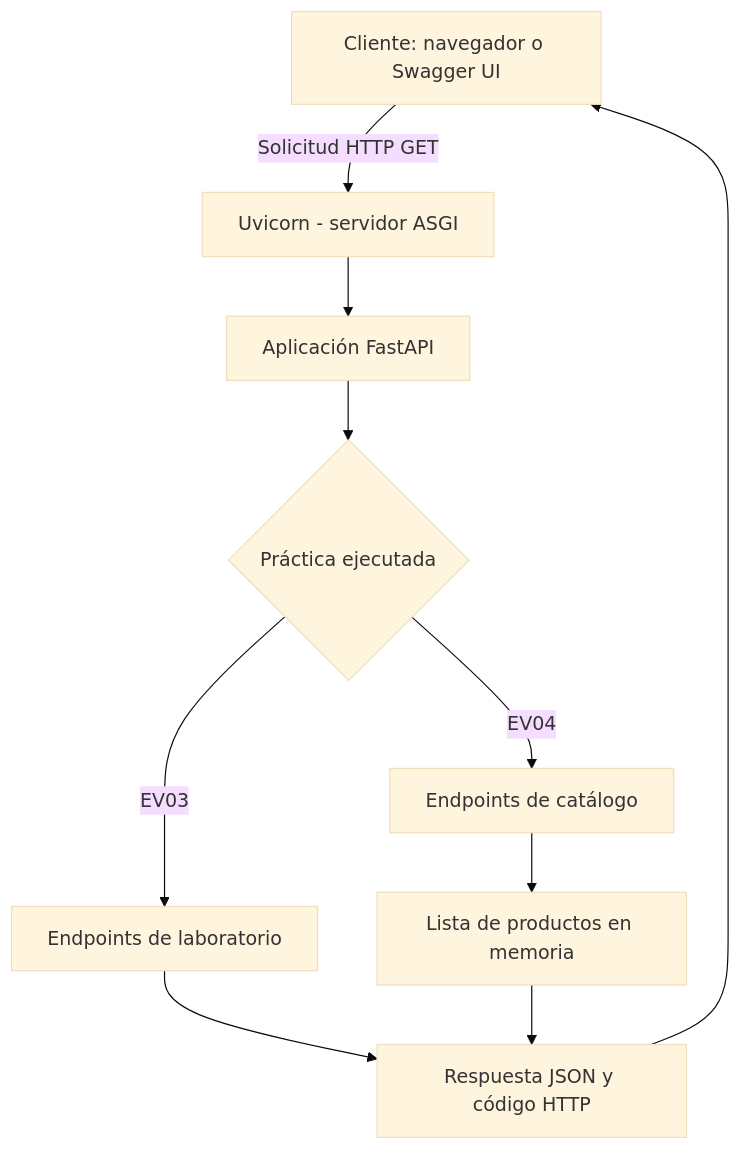
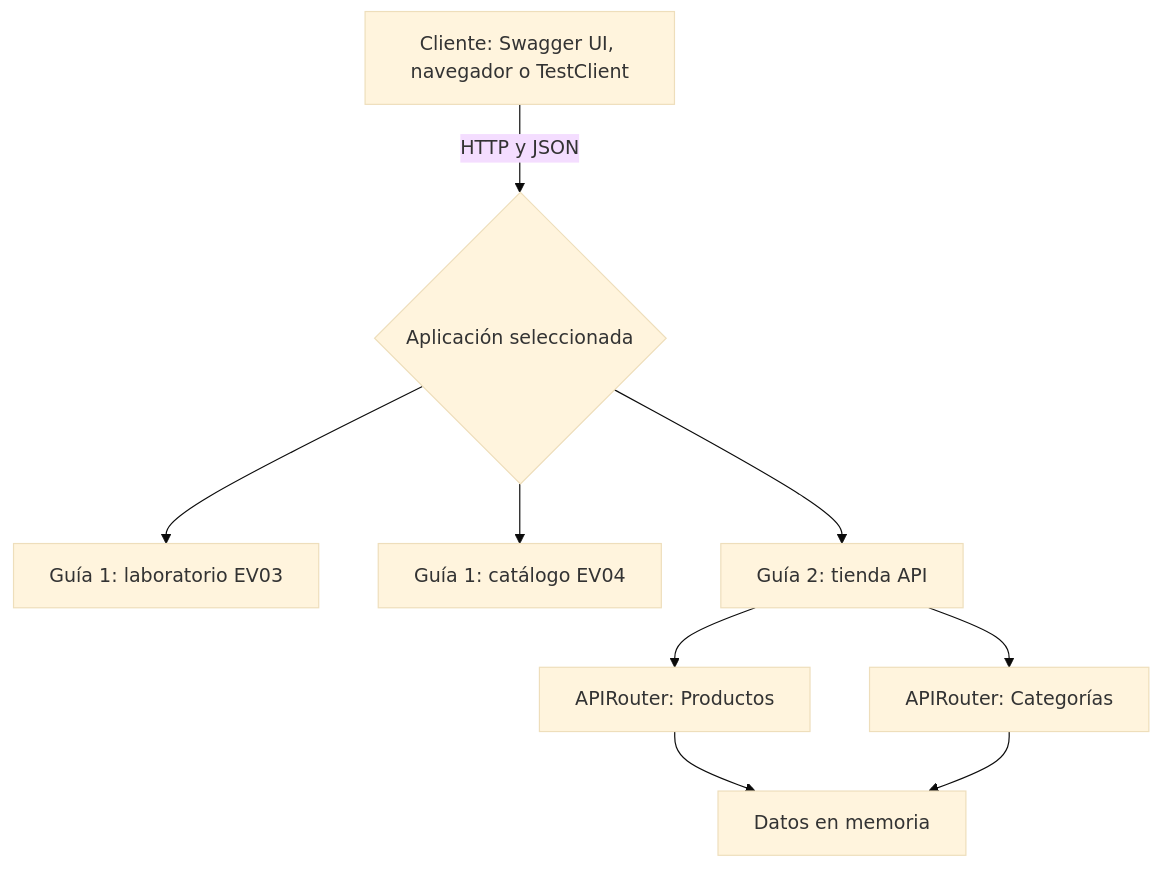
Before and after one commit to JuanEstebanLT/fastapi-guia1-sena: the diagram in README.md, drawn with Mermaid (base theme). The commit also changed other lines of this file and 22 other files, not shown here.

Commit message:
refactor: unificar guias FastAPI con ejecucion y pruebas por guia

````diff
--- a/README.md
+++ b/README.md
@@ -95,12 +51,11 @@
-~~~mermaid
+```mermaid
 flowchart TD
-    C[Cliente: navegador o Swagger UI] -->|Solicitud HTTP GET| U[Uvicorn - servidor ASGI]
-    U --> A[Aplicación FastAPI]
-    A --> D{Práctica ejecutada}
-    D -->|EV03| E[Endpoints de laboratorio]
-    D -->|EV04| F[Endpoints de catálogo]
-    F --> M[Lista de productos en memoria]
-    E --> R[Respuesta JSON y código HTTP]
-    M --> R
-    R --> C
-~~~
+  A[Cliente: Swagger UI, navegador o TestClient] -->|HTTP y JSON| B{Aplicación seleccionada}
+  B --> C[Guía 1: laboratorio EV03]
+  B --> D[Guía 1: catálogo EV04]
+  B --> E[Guía 2: tienda API]
+  E --> F[APIRouter: Productos]
+  E --> G[APIRouter: Categorías]
+  F --> H[Datos en memoria]
+  G --> H
+```
````
